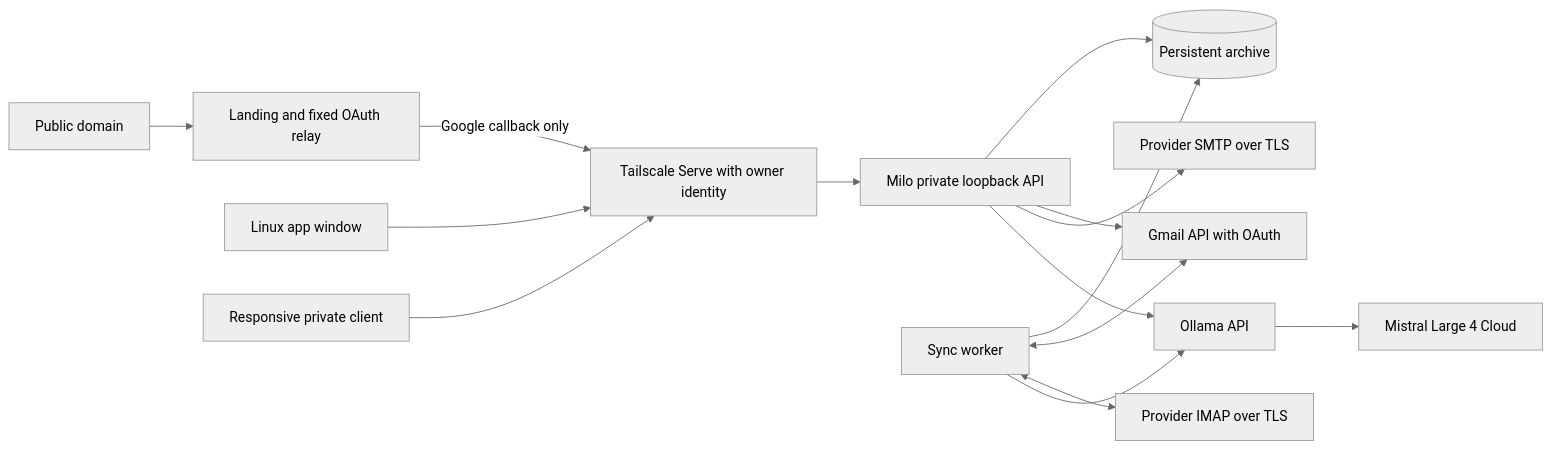
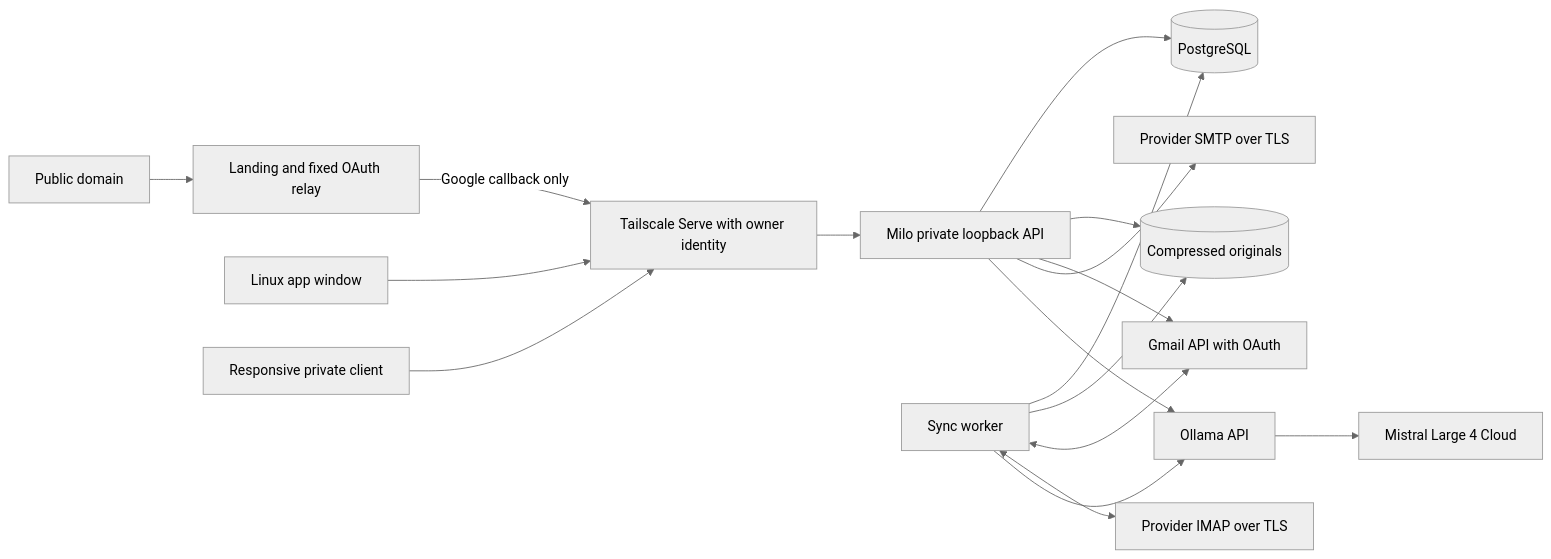
The diagram in docs/ARCHITECTURE.md (turinglabsorg/milo), drawn with Mermaid (neutral theme) before and after one commit. The commit also changed other lines of this file and 18 other files, not shown here.

First line of the commit message:
Replace SQLite with PostgreSQL and store originals as compressed files

````diff
--- a/docs/ARCHITECTURE.md
+++ b/docs/ARCHITECTURE.md
@@ -12,17 +12,19 @@
 ```mermaid
 flowchart LR
     Internet[Public domain] --> Landing[Landing and fixed OAuth relay]
     Linux[Linux app window] --> Tail[Tailscale Serve with owner identity]
     Mobile[Responsive private client] --> Tail
     Tail --> API[Milo private loopback API]
     Landing -->|Google callback only| Tail
-    API --> SQLite[(Persistent archive)]
-    Worker[Sync worker] --> SQLite
+    API --> Postgres[(PostgreSQL)]
+    Worker[Sync worker] --> Postgres
+    API --> Blobs[(Compressed originals)]
+    Worker --> Blobs
     Worker <--> Gmail[Gmail API with OAuth]
     API --> Gmail
     Worker <--> IMAP[Provider IMAP over TLS]
     API --> SMTP[Provider SMTP over TLS]
     API --> Ollama[Ollama API]
     Worker --> Ollama
     Ollama --> Mistral[Mistral Large 4 Cloud]
 ```
````
